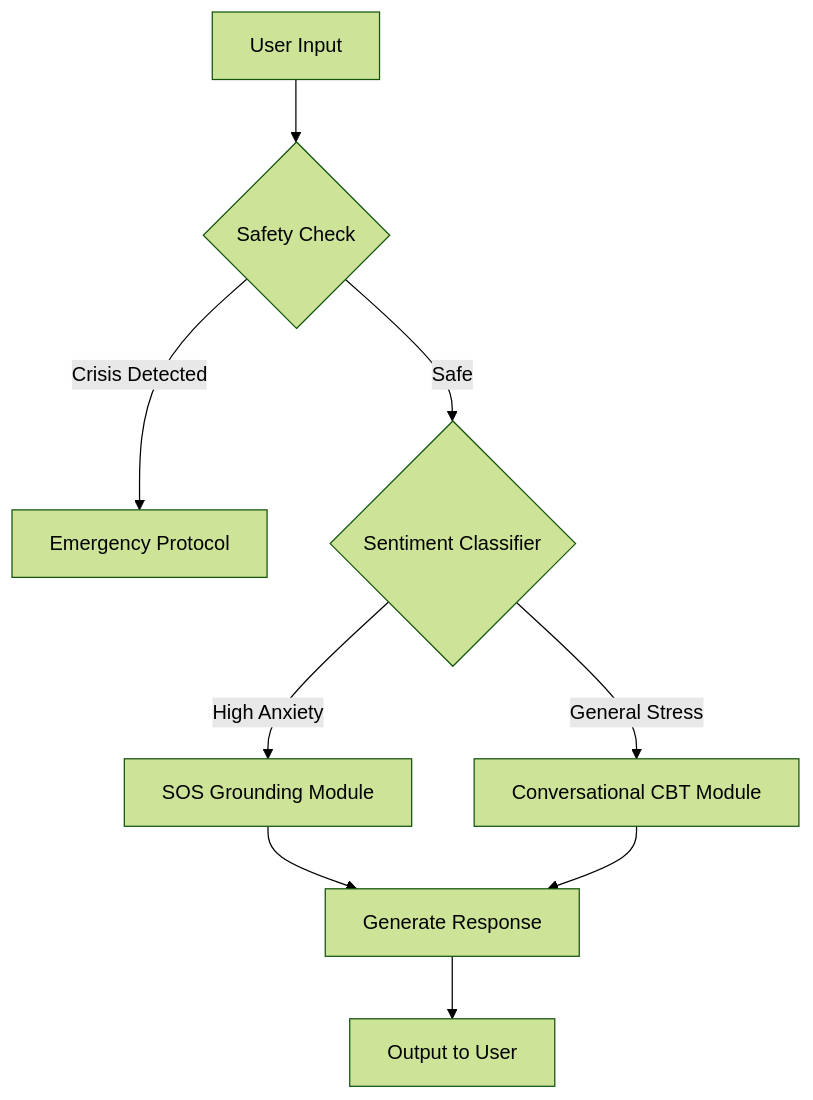
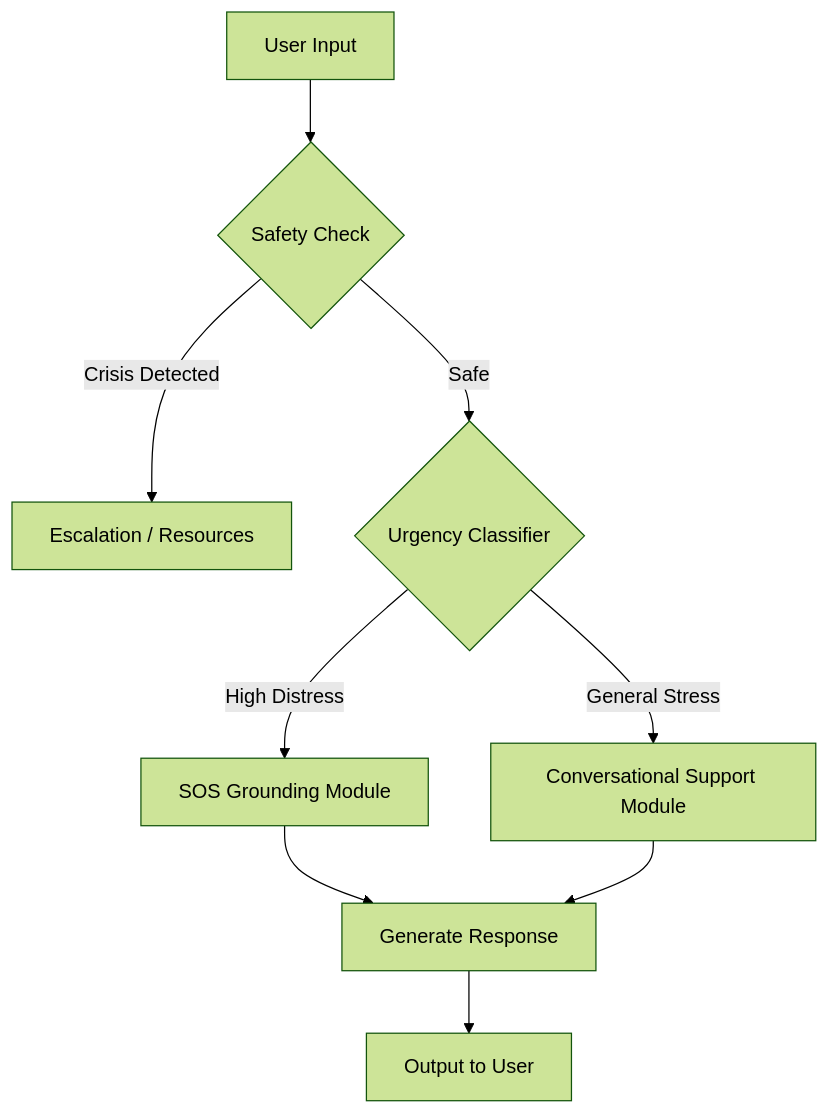
Before and after one commit to VisualOps-AI/anchor: the diagram in README.md, drawn with Mermaid (forest theme). The commit also changed other lines of this file, not shown here.

````diff
--- a/README.md
+++ b/README.md
@@ -40,11 +34,11 @@
 ```mermaid
 graph TD
     A[User Input] --> B{Safety Check}
-    B -->|Crisis Detected| C[Emergency Protocol]
-    B -->|Safe| D{Sentiment Classifier}
-    D -->|High Anxiety| E[SOS Grounding Module]
-    D -->|General Stress| F[Conversational CBT Module]
+    B -->|Crisis Detected| C[Escalation / Resources]
+    B -->|Safe| D{Urgency Classifier}
+    D -->|High Distress| E[SOS Grounding Module]
+    D -->|General Stress| F[Conversational Support Module]
     E --> G[Generate Response]
     F --> G
     G --> H[Output to User]
 ```
````
